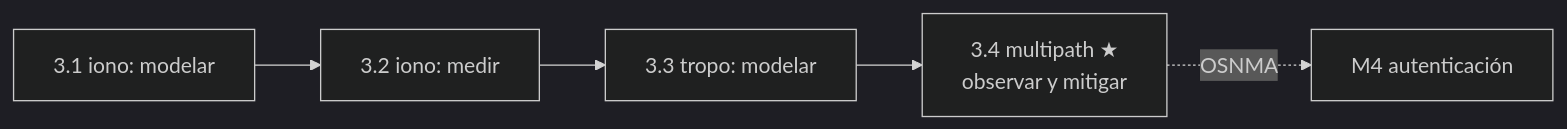
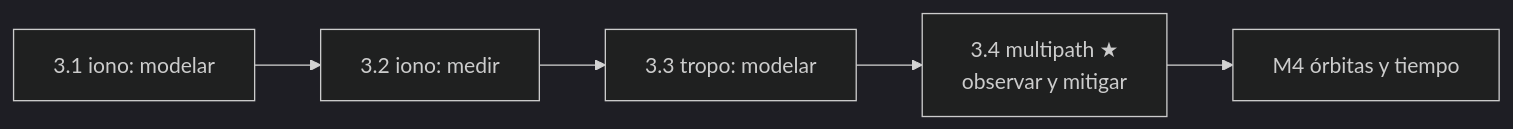
The diagram in clases/mod3-errores/clase3.4-multipath/README.md (iriartmaxim/gnss-learning-labs), drawn with Mermaid (dark theme) before and after one commit. The commit also changed other lines of this file and 2 other files, not shown here.

Commit message:
Fix: OSNMA vive en el módulo 6, no en el 4 (referencias en 3.3/3.4)

````diff
--- a/clases/mod3-errores/clase3.4-multipath/README.md
+++ b/clases/mod3-errores/clase3.4-multipath/README.md
@@ -16,7 +16,7 @@
 ```mermaid
 graph LR
     A[3.1 iono: modelar] --> B[3.2 iono: medir]
     B --> C[3.3 tropo: modelar]
     C --> D[3.4 multipath ★<br/>observar y mitigar]
-    D -.OSNMA.-> E[M4 autenticación]
+    D --> E[M4 órbitas y tiempo]
 ```
````
